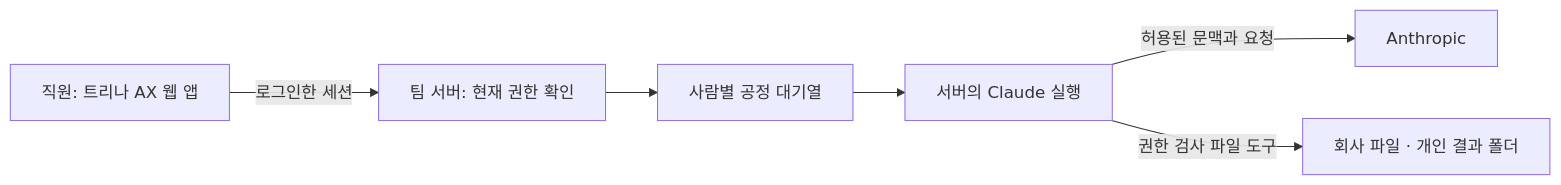
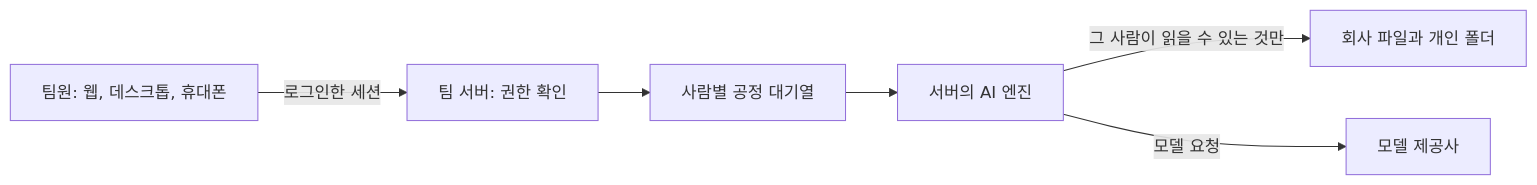
One commit to trina-app/trina-ax changed the diagram in README.ko.md. Above: the diagram before and after it, drawn with Mermaid. The commit also changed other lines of this file and 15 other files, not shown here.

````diff
--- a/README.ko.md
+++ b/README.ko.md
@@ -9,8 +8,8 @@
 ```mermaid
 flowchart LR
-  A[직원: 트리나 AX 웹 앱] -->|로그인한 세션| B[팀 서버: 현재 권한 확인]
+  A[팀원: 웹, 데스크톱, 휴대폰] -->|로그인한 세션| B[팀 서버: 권한 확인]
   B --> Q[사람별 공정 대기열]
-  Q --> C[서버의 Claude 실행]
-  C -->|허용된 문맥과 요청| P[Anthropic]
-  C -->|권한 검사 파일 도구| F[회사 파일 · 개인 결과 폴더]
+  Q --> C[서버의 AI 엔진]
+  C -->|그 사람이 읽을 수 있는 것만| F[회사 파일과 개인 폴더]
+  C -->|모델 요청| P[모델 제공사]
 ```
````
